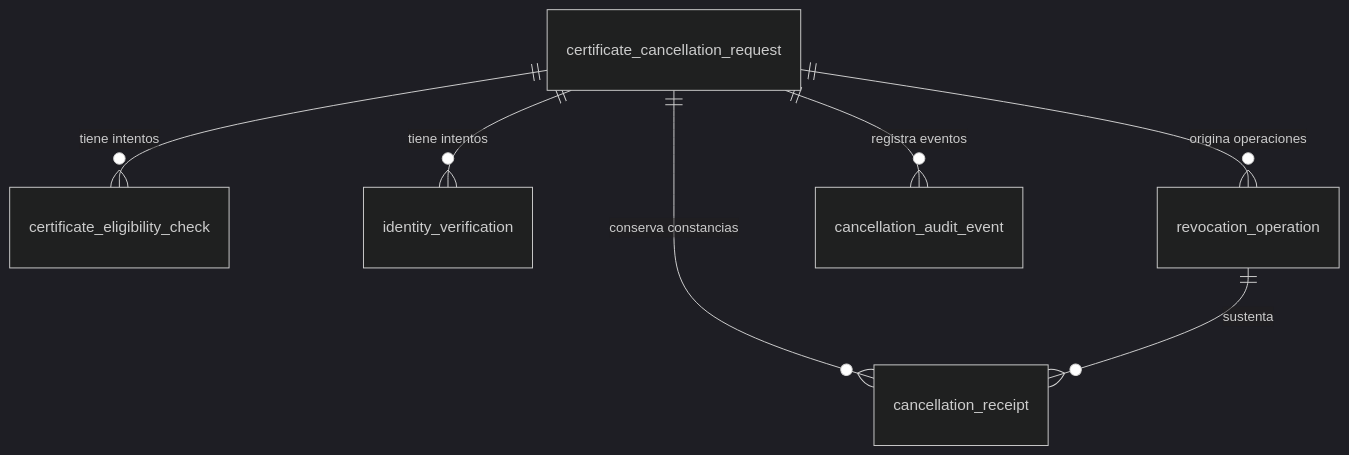
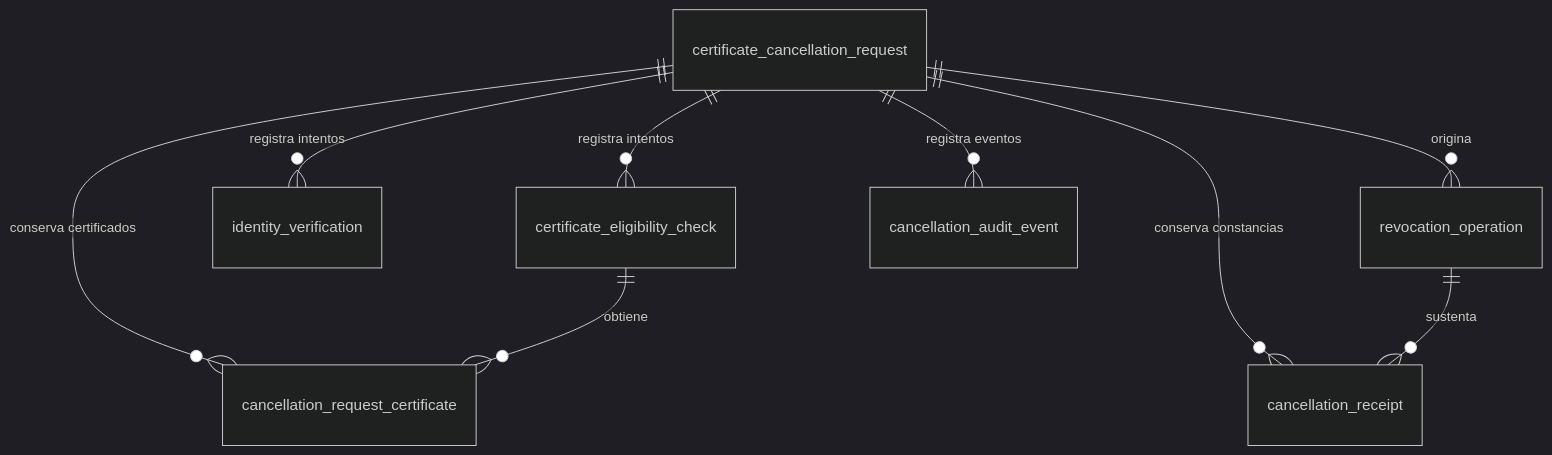
The diagram in docs/data-model/README.md (deyvisml/temp-reniec), drawn with Mermaid (dark theme) before and after one commit. The commit also changed other lines of this file and 79 other files, not shown here.

````diff
--- a/docs/data-model/README.md
+++ b/docs/data-model/README.md
@@ -9,9 +9,11 @@
 ```mermaid
 erDiagram
-    certificate_cancellation_request ||--o{ certificate_eligibility_check : "tiene intentos"
-    certificate_cancellation_request ||--o{ identity_verification : "tiene intentos"
-    certificate_cancellation_request ||--o{ revocation_operation : "origina operaciones"
+    certificate_cancellation_request ||--o{ certificate_eligibility_check : "registra intentos"
+    certificate_cancellation_request ||--o{ cancellation_request_certificate : "conserva certificados"
+    certificate_eligibility_check ||--o{ cancellation_request_certificate : "obtiene"
+    certificate_cancellation_request ||--o{ identity_verification : "registra intentos"
+    certificate_cancellation_request ||--o{ revocation_operation : "origina"
     certificate_cancellation_request ||--o{ cancellation_receipt : "conserva constancias"
+    revocation_operation ||--o{ cancellation_receipt : "sustenta"
     certificate_cancellation_request ||--o{ cancellation_audit_event : "registra eventos"
-    revocation_operation ||--o{ cancellation_receipt : "sustenta"
 ```
````
